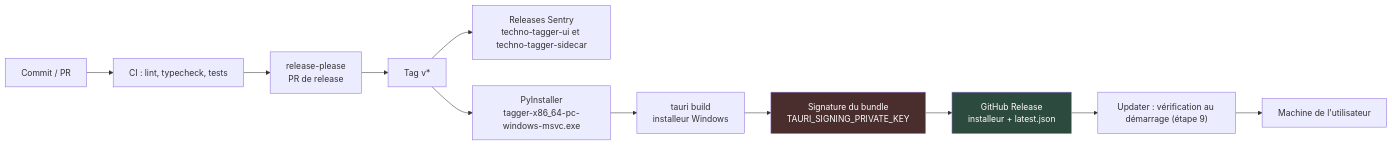
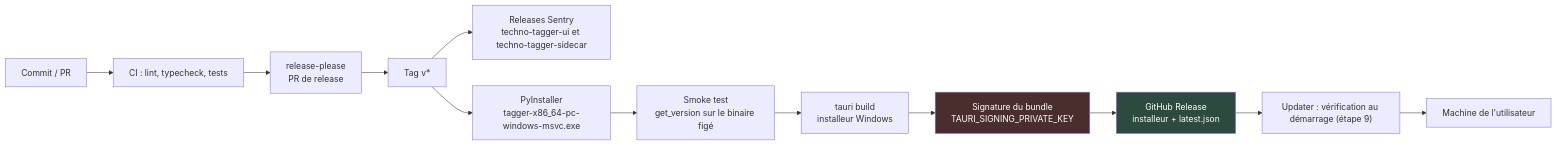
One commit to thibaud57/techno-tagger changed the fifth of 5 diagrams in docs/ARCHITECTURE.md. Above: the diagram before and after it, drawn with Mermaid. The commit also changed other lines of this file and 241 other files, not shown here.

````diff
--- a/docs/ARCHITECTURE.md
+++ b/docs/ARCHITECTURE.md
@@ -828,16 +834,17 @@
 ```mermaid
 graph LR
     dev["Commit / PR"] --> ci["CI : lint, typecheck, tests"]
     ci --> rp["release-please<br/>PR de release"]
     rp --> tag["Tag v*"]
     tag --> sr["Releases Sentry<br/>techno-tagger-ui et techno-tagger-sidecar"]
     tag --> pyi["PyInstaller<br/>tagger-x86_64-pc-windows-msvc.exe"]
-    pyi --> tb["tauri build<br/>installeur Windows"]
+    pyi --> smoke["Smoke test<br/>get_version sur le binaire figé"]
+    smoke --> tb["tauri build<br/>installeur Windows"]
     tb --> sig["Signature du bundle<br/>TAURI_SIGNING_PRIVATE_KEY"]
     sig --> rel["GitHub Release<br/>installeur + latest.json"]
     rel --> upd["Updater : vérification au démarrage (étape 9)"]
     upd --> user["Machine de l'utilisateur"]
 
     style sig fill:#4a2d2d,color:#fff
     style rel fill:#2d4a3e,color:#fff
 ```
````
